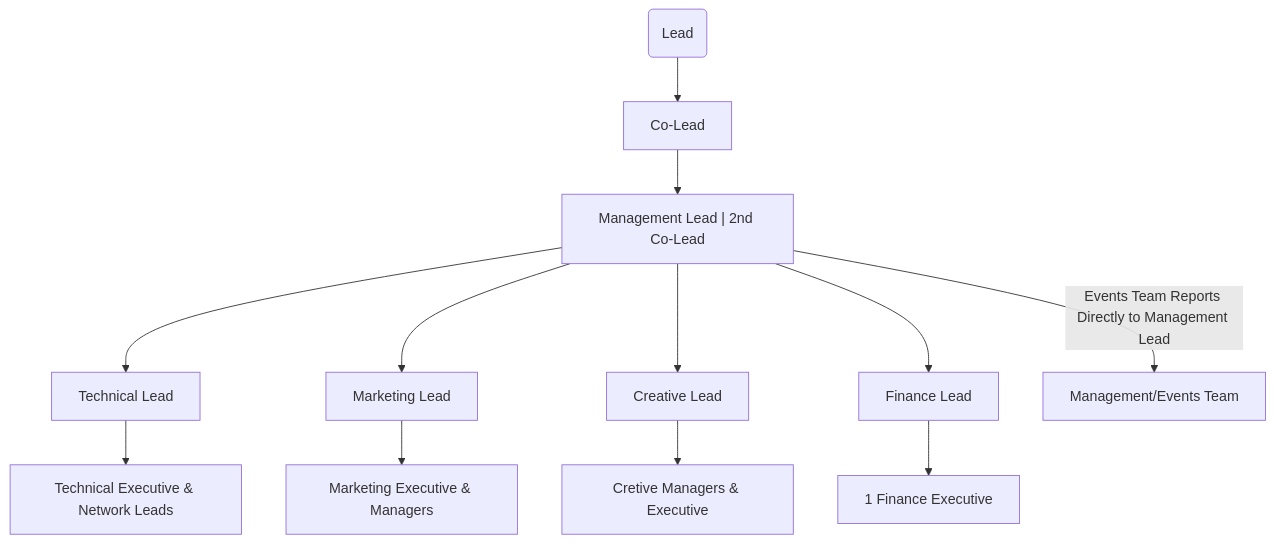
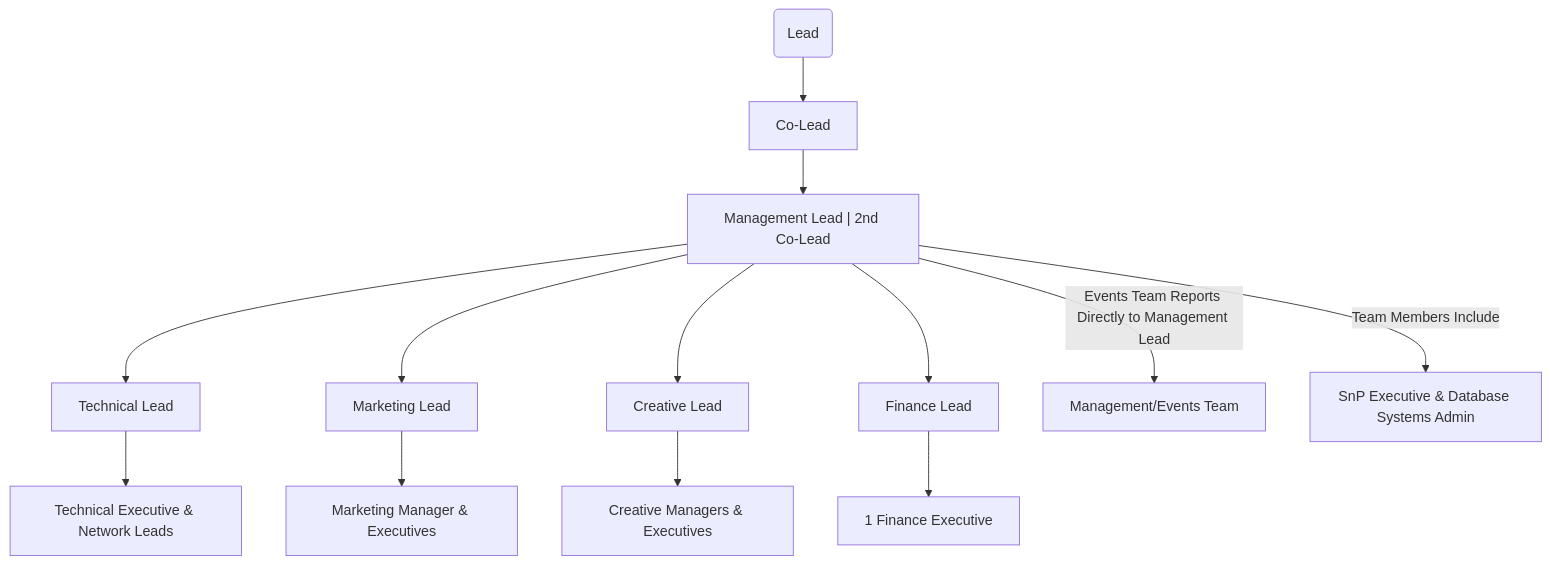
Before and after one commit to gdscbpdc/GDSC-SnP: the diagram in docs/council_structure.md, drawn with Mermaid.

````diff
--- a/docs/council_structure.md
+++ b/docs/council_structure.md
@@ -1,15 +1,17 @@
 ```mermaid
 flowchart TD
     A("Lead") --> B["Co-Lead"]
     B --> C["Management Lead | 2nd Co-Lead"]
     C-->D["Technical Lead"]
     C-->E["Marketing Lead"]
     C-->F["Creative Lead"]
     C-->G["Finance Lead"]
+    
 
     D-->T["Technical Executive & Network Leads"] 
-    E-->M["Marketing Executive & Managers"]
-    F-->P["Cretive Managers & Executive"]
+    E-->M["Marketing Manager & Executives"]
+    F-->P["Creative Managers & Executives"]
     G-->H["1 Finance Executive"]
     C-->|Events Team Reports Directly to Management Lead | I["Management/Events Team"]
+    C-->| Team Members Include | EX["SnP Executive & Database Systems Admin"]
 ```
````
